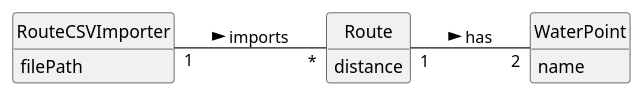
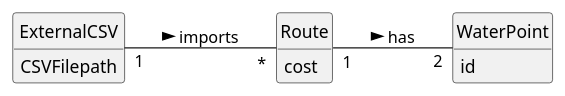
The diagram in docs/sprintB/us012/02.analysis/puml/us012-domain-model.puml (ricardomm7/leaflink), drawn with PlantUML before and after one commit. The commit also changed 2 other files, not shown here.

```diff
--- a/docs/sprintB/us012/02.analysis/puml/us012-domain-model.puml
+++ b/docs/sprintB/us012/02.analysis/puml/us012-domain-model.puml
@@ -1,32 +1,32 @@
 @startuml
 skinparam monochrome true
 skinparam packageStyle rectangle
 skinparam shadowing false
 
 left to right direction
 
 skinparam classAttributeIconSize 0
 
 hide circle
 hide methods
 
 'title Domain Model - US012
 
 class WaterPoint {
-    name
+    id
 
 }
 
 class Route {
 
-    distance
+    cost
 }
 
-class RouteCSVImporter {
-    filePath
+class ExternalCSV {
+    CSVFilepath
 }
 
 Route "1" -- "2" WaterPoint: has  >
-RouteCSVImporter "1" -- "*" Route: imports >
+ExternalCSV "1" -- "*" Route: imports >
 
 @enduml
```
